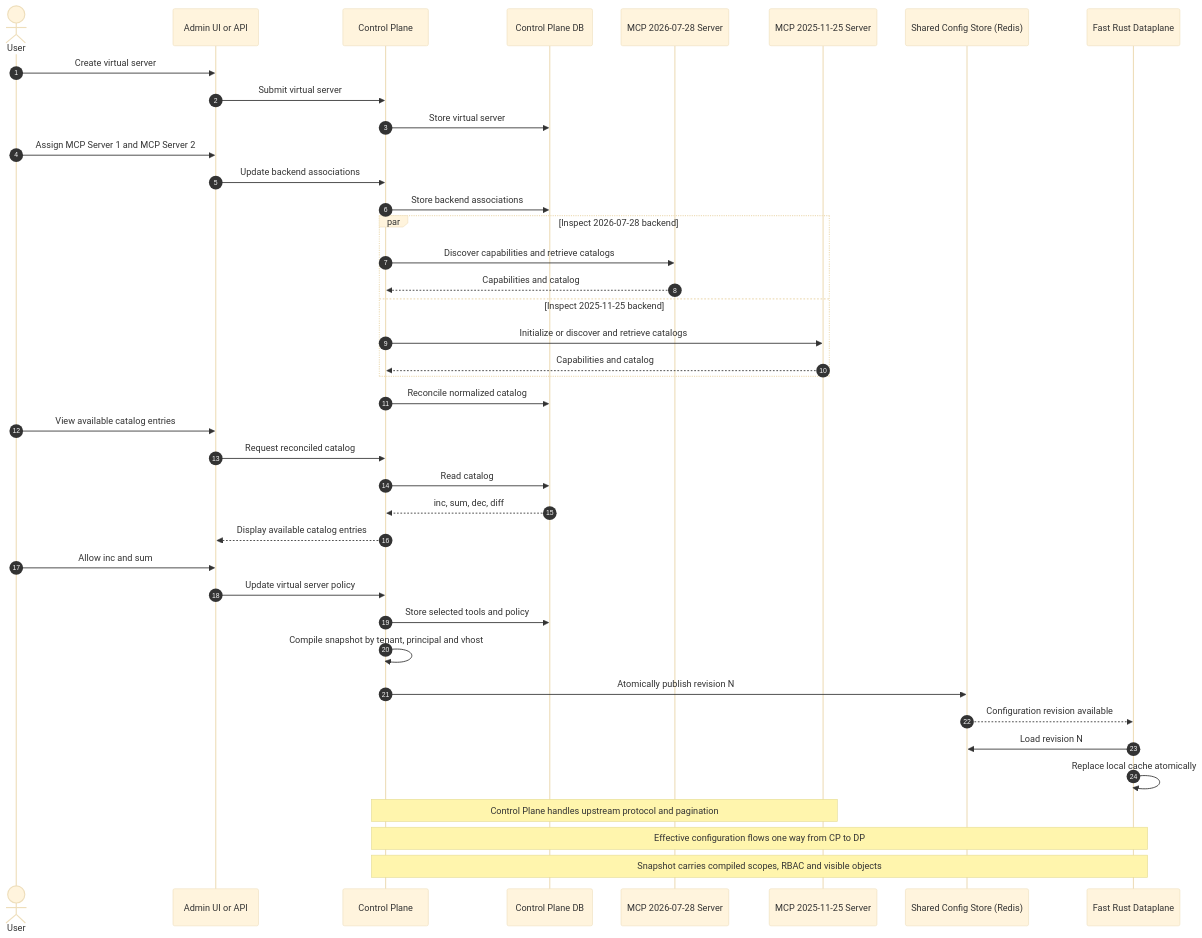
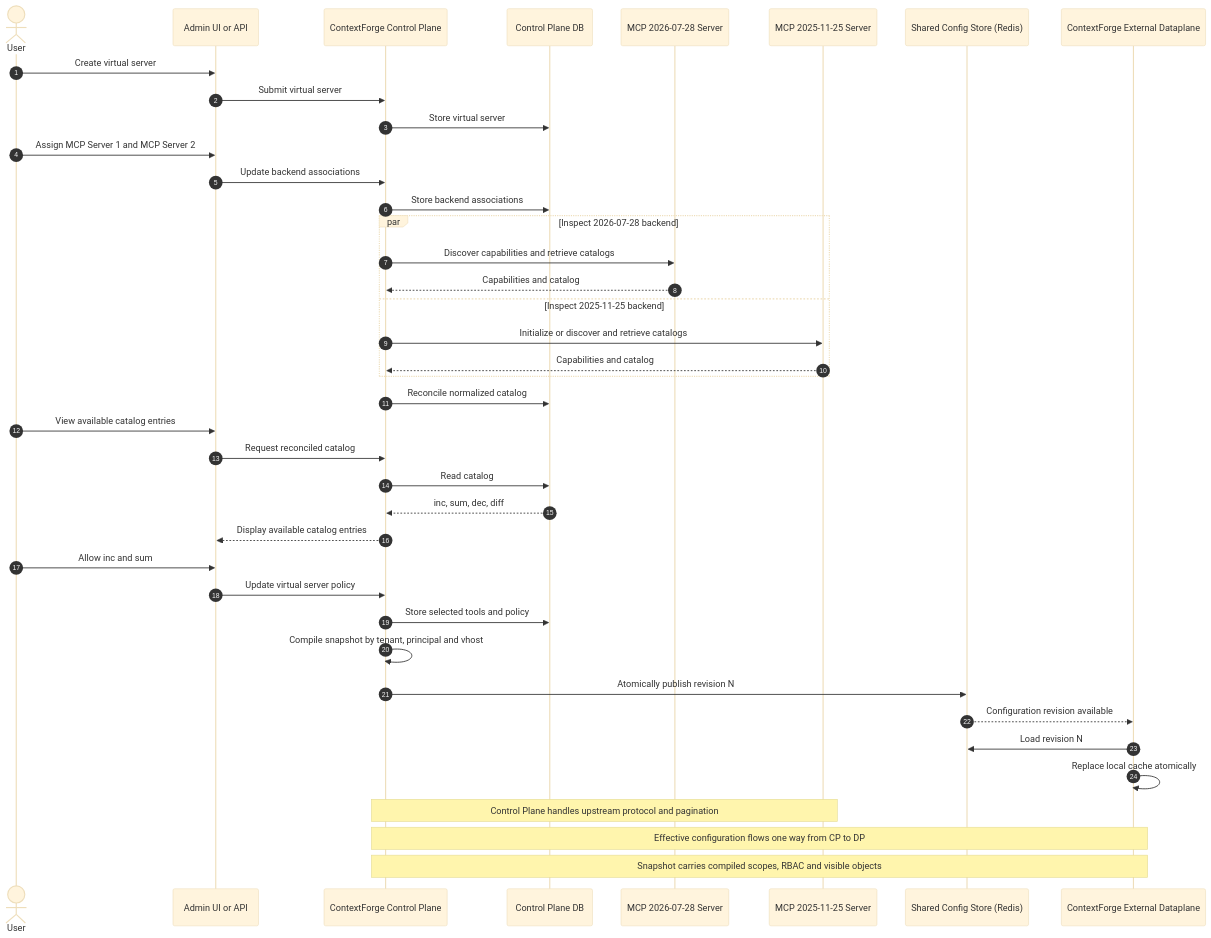
One commit to contextforge-gateway-rs/contextforge-gateway-rs changed the second of 5 diagrams in _context/wiki/mcp-capability-allocation.md. Above: the diagram before and after it, drawn with Mermaid (base theme). The commit also changed other lines of this file and 11 other files, not shown here.

Commit message:
docs: clarify ContextForge plane terminology

````diff
--- a/_context/wiki/mcp-capability-allocation.md
+++ b/_context/wiki/mcp-capability-allocation.md
@@ -201,49 +213,49 @@
 ```mermaid
 sequenceDiagram
     autonumber
     actor User
     participant UI as Admin UI or API
-    participant CP as Control Plane
+    participant CP as ContextForge Control Plane
     participant DB as Control Plane DB
     participant MCP1 as MCP 2026-07-28 Server
     participant MCP2 as MCP 2025-11-25 Server
     participant Store as Shared Config Store (Redis)
-    participant DP as Fast Rust Dataplane
+    participant DP as ContextForge External Dataplane
 
     User->>UI: Create virtual server
     UI->>CP: Submit virtual server
     CP->>DB: Store virtual server
 
     User->>UI: Assign MCP Server 1 and MCP Server 2
     UI->>CP: Update backend associations
     CP->>DB: Store backend associations
 
     par Inspect 2026-07-28 backend
         CP->>MCP1: Discover capabilities and retrieve catalogs
         MCP1-->>CP: Capabilities and catalog
     and Inspect 2025-11-25 backend
         CP->>MCP2: Initialize or discover and retrieve catalogs
         MCP2-->>CP: Capabilities and catalog
     end
 
     CP->>DB: Reconcile normalized catalog
     User->>UI: View available catalog entries
     UI->>CP: Request reconciled catalog
     CP->>DB: Read catalog
     DB-->>CP: inc, sum, dec, diff
     CP-->>UI: Display available catalog entries
 
     User->>UI: Allow inc and sum
     UI->>CP: Update virtual server policy
     CP->>DB: Store selected tools and policy
 
     CP->>CP: Compile snapshot by tenant, principal and vhost
     CP->>Store: Atomically publish revision N
     Store-->>DP: Configuration revision available
     DP->>Store: Load revision N
     DP->>DP: Replace local cache atomically
 
     Note over CP,MCP2: Control Plane handles upstream protocol and pagination
     Note over CP,DP: Effective configuration flows one way from CP to DP
     Note over CP,DP: Snapshot carries compiled scopes, RBAC and visible objects
 ```
````
